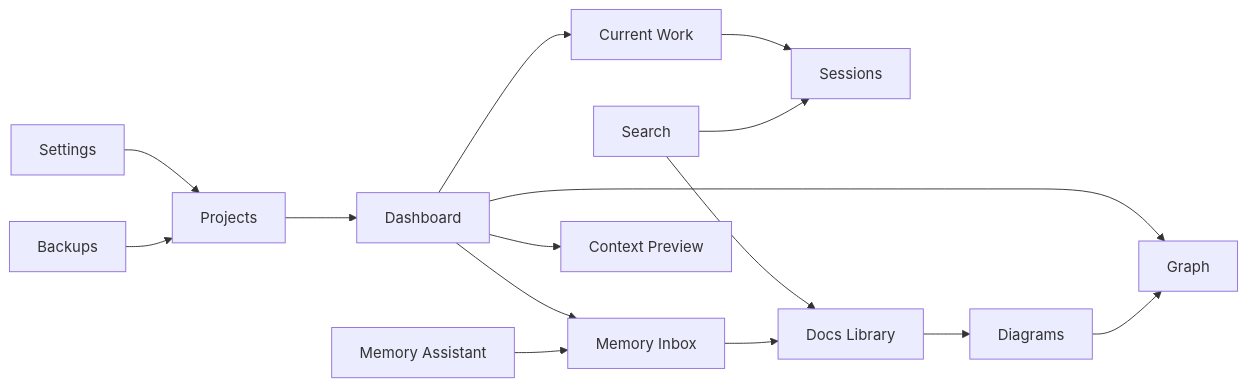
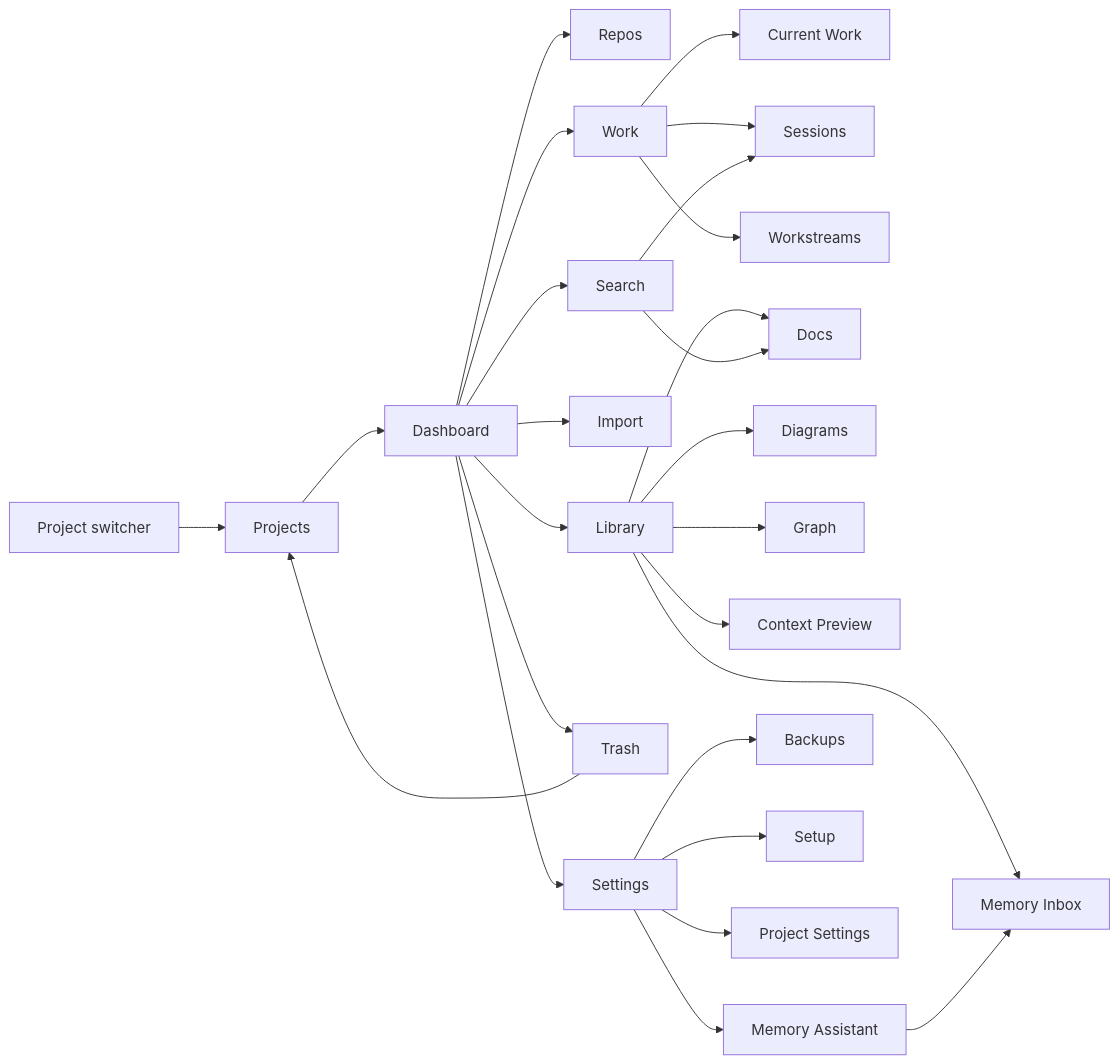
One commit to zharwing/memory changed diagram 15 of 21 in docs/DIAGRAMS.md. Above: the diagram before and after it, drawn with Mermaid. The commit also changed other lines of this file and 71 other files, not shown here.

Commit message:
feat: refactored dashboard, ui, docs, graph - added md view and doc preview modal

````diff
--- a/docs/DIAGRAMS.md
+++ b/docs/DIAGRAMS.md
@@ -512,31 +512,52 @@
 ```mermaid
 flowchart LR
+  Switcher["Project switcher"]
+  Dashboard["Dashboard"]
+  Repos["Repos"]
+  Work["Work"]
+  Library["Library"]
+  Import["Import"]
+  Search["Search"]
+  Trash["Trash"]
+  Settings["Settings"]
+
   Projects["Projects"]
-  Dashboard["Dashboard"]
   CurrentWork["Current Work"]
   Sessions["Sessions"]
-  Docs["Docs Library"]
+  Workstreams["Workstreams"]
+  Docs["Docs"]
   Diagrams["Diagrams"]
+  Inbox["Memory Inbox"]
   Graph["Graph"]
-  Search["Search"]
-  Inbox["Memory Inbox"]
   Context["Context Preview"]
   Assistant["Memory Assistant"]
   Backups["Backups"]
-  Settings["Settings"]
+  Setup["Setup"]
+  ProjectSettings["Project Settings"]
 
+  Switcher --> Projects
   Projects --> Dashboard
-  Dashboard --> CurrentWork
-  Dashboard --> Context
-  Dashboard --> Inbox
-  Dashboard --> Graph
-  CurrentWork --> Sessions
-  Docs --> Diagrams
-  Diagrams --> Graph
+  Dashboard --> Repos
+  Dashboard --> Work
+  Dashboard --> Library
+  Dashboard --> Import
+  Dashboard --> Search
+  Dashboard --> Trash
+  Dashboard --> Settings
+  Work --> CurrentWork
+  Work --> Sessions
+  Work --> Workstreams
+  Library --> Docs
+  Library --> Diagrams
+  Library --> Inbox
+  Library --> Graph
+  Library --> Context
+  Settings --> ProjectSettings
+  Settings --> Setup
+  Settings --> Assistant
+  Settings --> Backups
   Search --> Docs
   Search --> Sessions
-  Inbox --> Docs
   Assistant --> Inbox
-  Settings --> Projects
-  Backups --> Projects
+  Trash --> Projects
 ```
````
